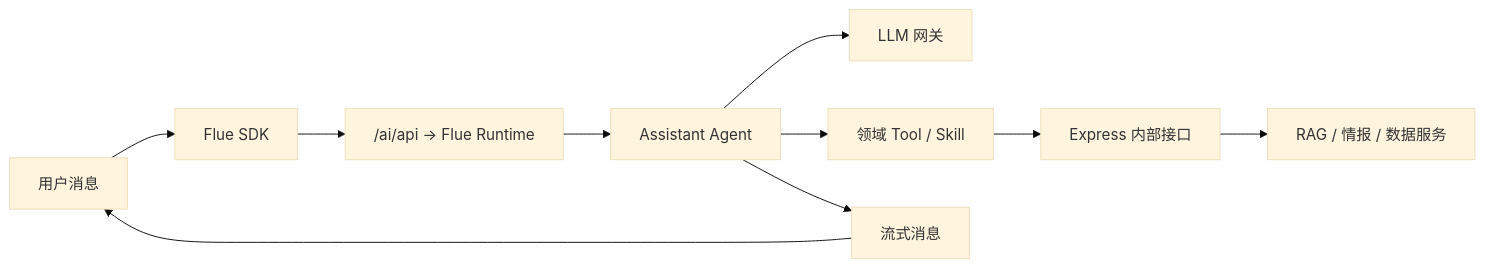
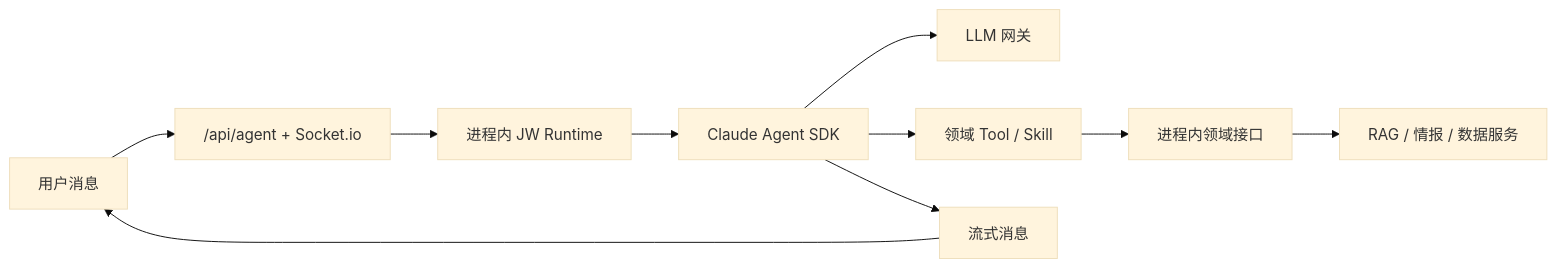
The fourth of 6 diagrams in docs/项目架构与技术交接文档.md (CusYojo/CNVC_OS), drawn with Mermaid (base theme) before and after one commit. The commit also changed other lines of this file and 612 other files, not shown here.

````diff
--- a/docs/项目架构与技术交接文档.md
+++ b/docs/项目架构与技术交接文档.md
@@ -213,12 +203,12 @@
 ```mermaid
 flowchart LR
-    USER["用户消息"] --> FLUE_SDK["Flue SDK"]
-    FLUE_SDK --> RUNTIME["/ai/api → Flue Runtime"]
-    RUNTIME --> AGENT["Assistant Agent"]
+    USER["用户消息"] --> API["/api/agent + Socket.io"]
+    API --> RUNTIME["进程内 JW Runtime"]
+    RUNTIME --> AGENT["Claude Agent SDK"]
     AGENT --> LLM["LLM 网关"]
     AGENT --> TOOL["领域 Tool / Skill"]
-    TOOL --> INTERNAL["Express 内部接口"]
-    INTERNAL --> RAG["RAG / 情报 / 数据服务"]
+    TOOL --> DOMAIN["进程内领域接口"]
+    DOMAIN --> RAG["RAG / 情报 / 数据服务"]
     AGENT --> STREAM["流式消息"]
     STREAM --> USER
 ```
````
